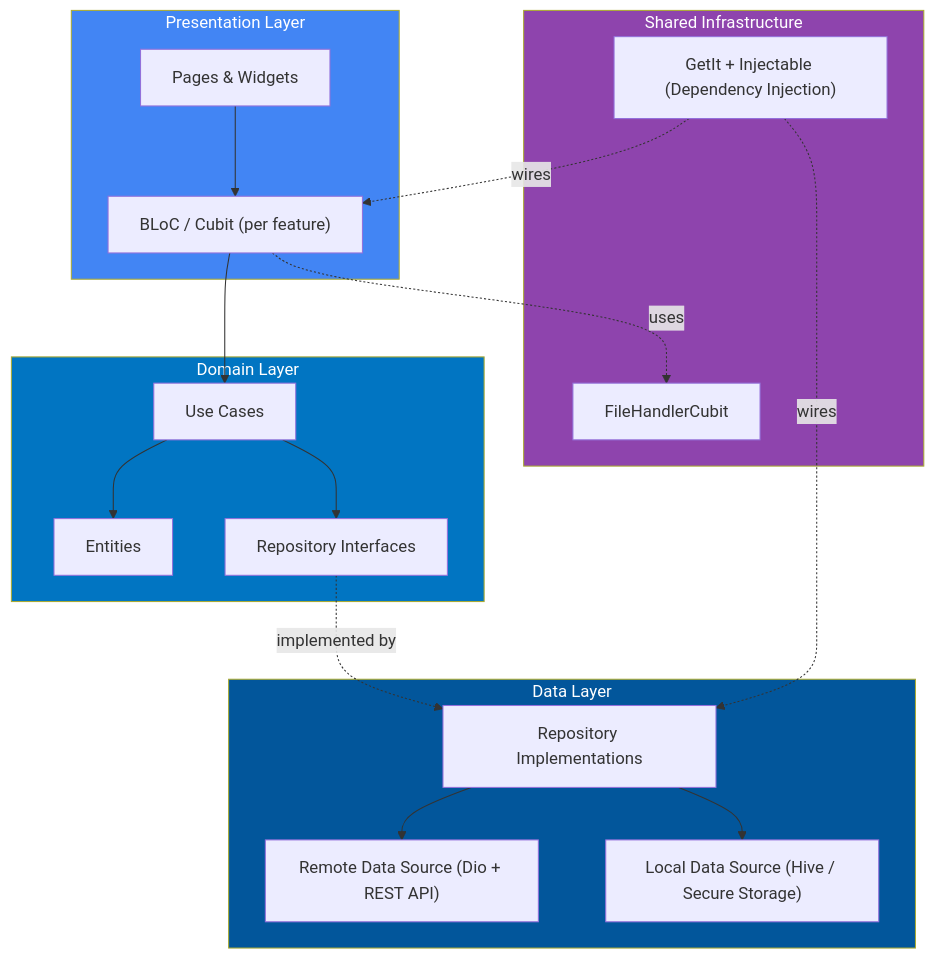
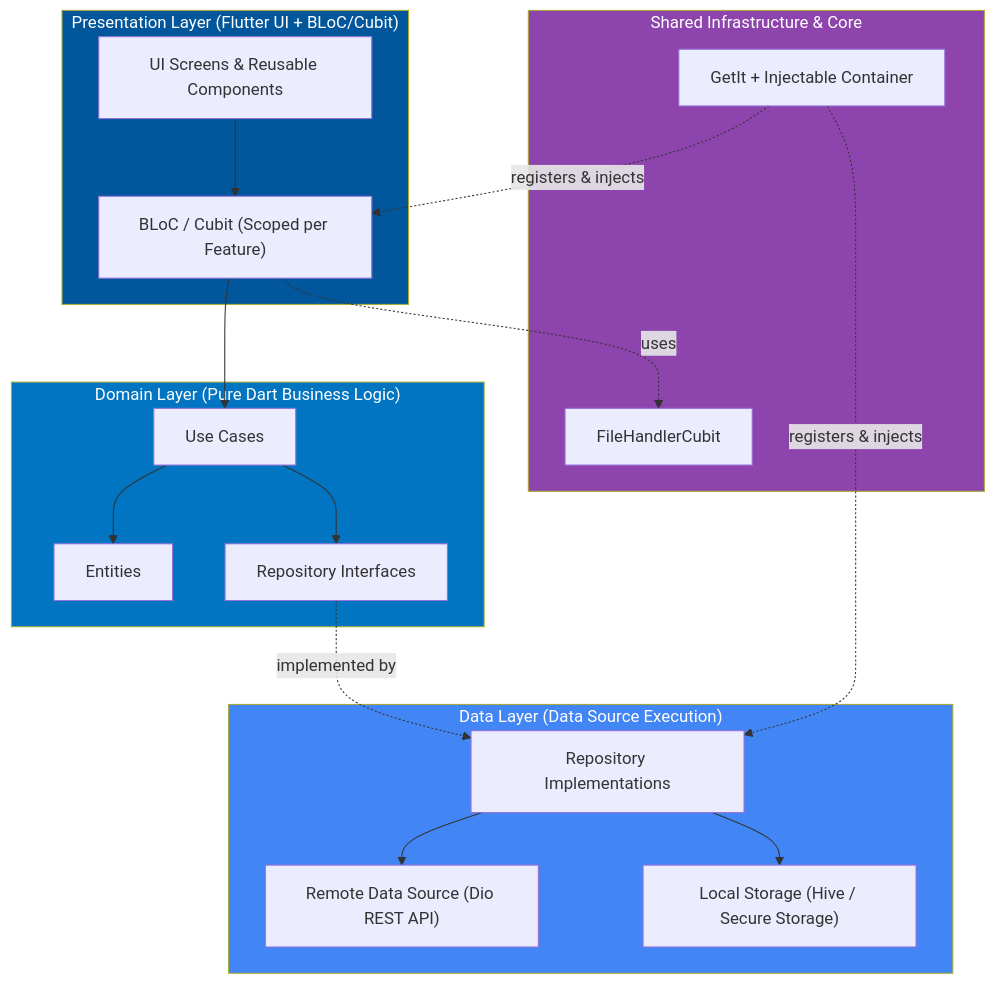
Before and after one commit to Emo2003/chefaa: the first of 2 diagrams in README.md, drawn with Mermaid. The commit also changed other lines of this file, not shown here.

````diff
--- a/README.md
+++ b/README.md
@@ -224,40 +94,41 @@
 ```mermaid
 graph TB
-    subgraph Presentation["Presentation Layer"]
-        UI[Pages & Widgets]
-        Cubit["BLoC / Cubit (per feature)"]
+    subgraph Presentation["Presentation Layer (Flutter UI + BLoC/Cubit)"]
+        UI["UI Screens & Reusable Components"]
+        Cubit["BLoC / Cubit (Scoped per Feature)"]
     end
 
-    subgraph Domain["Domain Layer"]
-        UseCase[Use Cases]
-        Entity[Entities]
-        Repo_I[Repository Interfaces]
+    subgraph Domain["Domain Layer (Pure Dart Business Logic)"]
+        UseCase["Use Cases"]
+        Entity["Entities"]
+        Repo_I["Repository Interfaces"]
     end
 
-    subgraph Data["Data Layer"]
-        Repo_Impl[Repository Implementations]
-        Remote["Remote Data Source (Dio + REST API)"]
-        Local["Local Data Source (Hive / Secure Storage)"]
+    subgraph Data["Data Layer (Data Source Execution)"]
+        Repo_Impl["Repository Implementations"]
+        Remote["Remote Data Source (Dio REST API)"]
+        Local["Local Storage (Hive / Secure Storage)"]
     end
 
-    subgraph Shared["Shared Infrastructure"]
-        FileHandler[FileHandlerCubit]
-        DI["GetIt + Injectable (Dependency Injection)"]
+    subgraph Shared["Shared Infrastructure & Core"]
+        FileHandler["FileHandlerCubit"]
+        DI["GetIt + Injectable Container"]
     end
 
     UI --> Cubit
     Cubit --> UseCase
     UseCase --> Entity
     UseCase --> Repo_I
-    Repo_I -.implemented by.-> Repo_Impl
+    Repo_I -. implemented by .-> Repo_Impl
     Repo_Impl --> Remote
     Repo_Impl --> Local
-    Cubit -.uses.-> FileHandler
-    DI -.wires.-> Cubit
-    DI -.wires.-> Repo_Impl
+    Cubit -. uses .-> FileHandler
+    DI -. registers & injects .-> Cubit
+    DI -. registers & injects .-> Repo_Impl
 
-    style Presentation fill:#4285F4,color:#fff
+    style Presentation fill:#02569B,color:#fff
     style Domain fill:#0175C2,color:#fff
-    style Data fill:#02569B,color:#fff
+    style Data fill:#4285F4,color:#fff
     style Shared fill:#8E44AD,color:#fff
+
 ```
````
